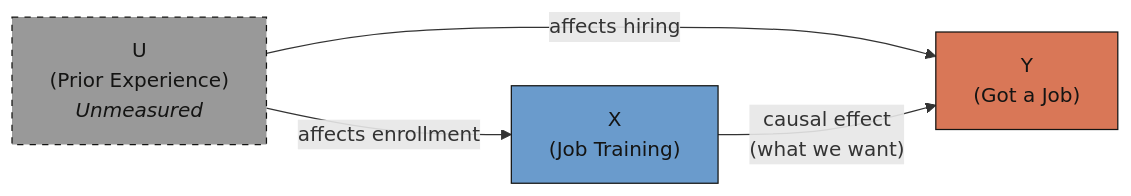
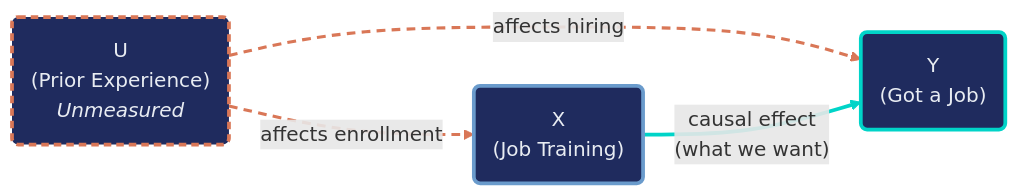
Before and after one commit to cmg777/starter-academic-v501: the first of 2 diagrams in content/post/python_partial_identification/index.md, drawn with Mermaid. The commit also changed other lines of this file and 9 other files, not shown here.

First line of the commit message:
content(mermaid): restyle flowcharts in Python posts, batch 2 of 2

````diff
--- a/content/post/python_partial_identification/index.md
+++ b/content/post/python_partial_identification/index.md
@@ -238,10 +238,16 @@
 ```mermaid
 graph LR
-    U["U<br/>(Prior Experience)<br/><i>Unmeasured</i>"] -->|"affects enrollment"| X["X<br/>(Job Training)"]
-    U -->|"affects hiring"| Y["Y<br/>(Got a Job)"]
+    U("U<br/>(Prior Experience)<br/><i>Unmeasured</i>") -->|"affects enrollment"| X("X<br/>(Job Training)")
+    U -->|"affects hiring"| Y("Y<br/>(Got a Job)")
     X -->|"causal effect<br/>(what we want)"| Y
-
-    style U fill:#999999,stroke:#141413,color:#141413,stroke-dasharray: 5 5
-    style X fill:#6a9bcc,stroke:#141413,color:#141413
-    style Y fill:#d97757,stroke:#141413,color:#141413
+    classDef gray_dash fill:#1f2b5e,stroke:#c8d0e0,stroke-width:3px,color:#e8ecf2,stroke-dasharray:6 4
+    classDef blue fill:#1f2b5e,stroke:#6a9bcc,stroke-width:3px,color:#e8ecf2
+    classDef orange fill:#1f2b5e,stroke:#d97757,stroke-width:3px,color:#e8ecf2
+    classDef orange_dash fill:#1f2b5e,stroke:#d97757,stroke-width:3px,color:#e8ecf2,stroke-dasharray:6 4
+    classDef teal fill:#1f2b5e,stroke:#00d4c8,stroke-width:3px,color:#e8ecf2
+    class U orange_dash
+    class X blue
+    class Y teal
+    linkStyle 0,1 stroke:#d97757,stroke-width:2.5px,stroke-dasharray:7 5
+    linkStyle 2 stroke:#00d4c8,stroke-width:3px
 ```
````
